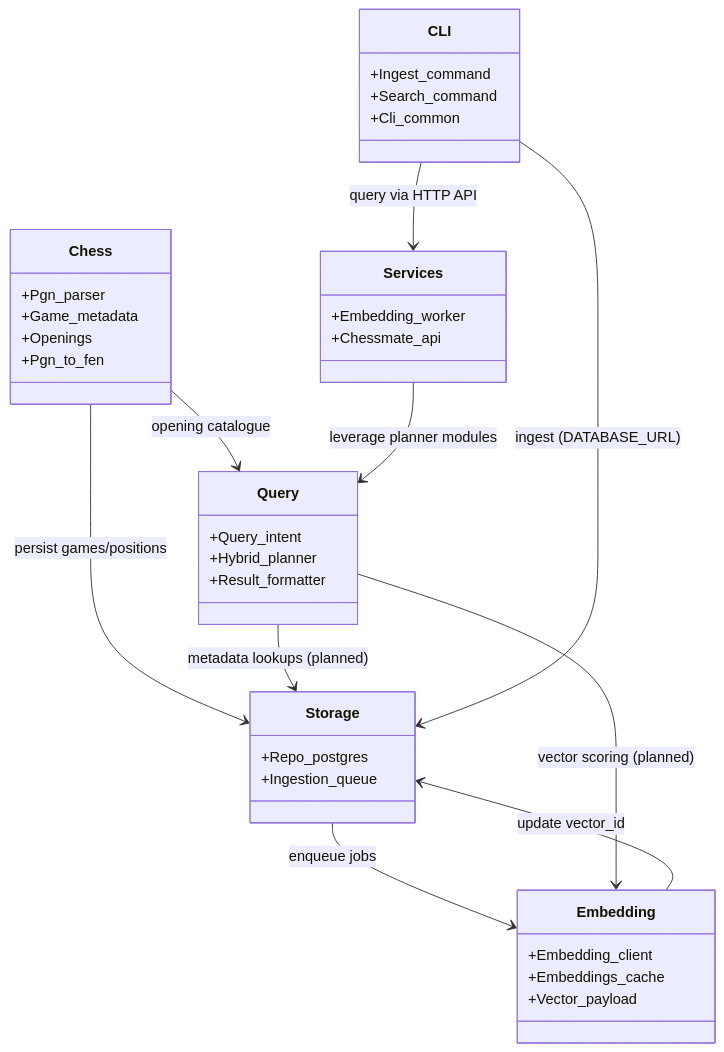
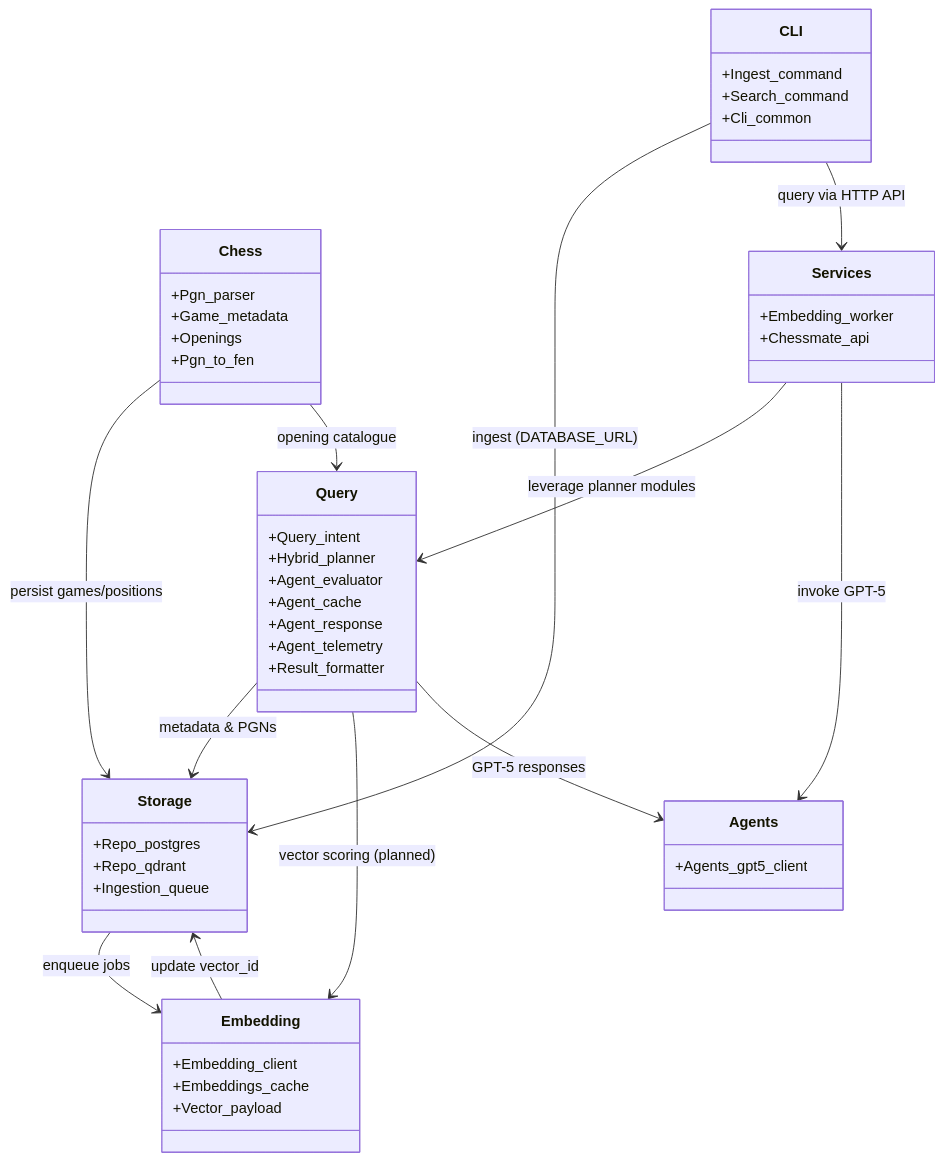
Before and after one commit to HendrikReh/chessmate: the sixth of 8 diagrams in docs/ARCHITECTURE.md, drawn with Mermaid. The commit also changed other lines of this file and 9 other files, not shown here.

Commit message:
docs: refresh architecture diagrams and cross-link runbooks

````diff
--- a/docs/ARCHITECTURE.md
+++ b/docs/ARCHITECTURE.md
@@ -141,41 +181,51 @@
 ```mermaid
 classDiagram
   class Chess {
     +Pgn_parser
     +Game_metadata
     +Openings
     +Pgn_to_fen
   }
   class Storage {
     +Repo_postgres
+    +Repo_qdrant
     +Ingestion_queue
   }
   class Embedding {
     +Embedding_client
     +Embeddings_cache
     +Vector_payload
   }
   class Query {
     +Query_intent
     +Hybrid_planner
+    +Agent_evaluator
+    +Agent_cache
+    +Agent_response
+    +Agent_telemetry
     +Result_formatter
+  }
+  class Agents {
+    +Agents_gpt5_client
   }
   class CLI {
     +Ingest_command
     +Search_command
     +Cli_common
   }
   class Services {
     +Embedding_worker
     +Chessmate_api
   }
   Chess --> Storage : persist games/positions
   Chess --> Query : opening catalogue
   Storage --> Embedding : enqueue jobs
   Embedding --> Storage : update vector_id
-  Query --> Storage : metadata lookups (planned)
+  Query --> Storage : metadata & PGNs
   Query --> Embedding : vector scoring (planned)
+  Query --> Agents : GPT-5 responses
   CLI --> Storage : ingest (DATABASE_URL)
   CLI --> Services : query via HTTP API
   Services --> Query : leverage planner modules
+  Services --> Agents : invoke GPT-5
 ```
````
